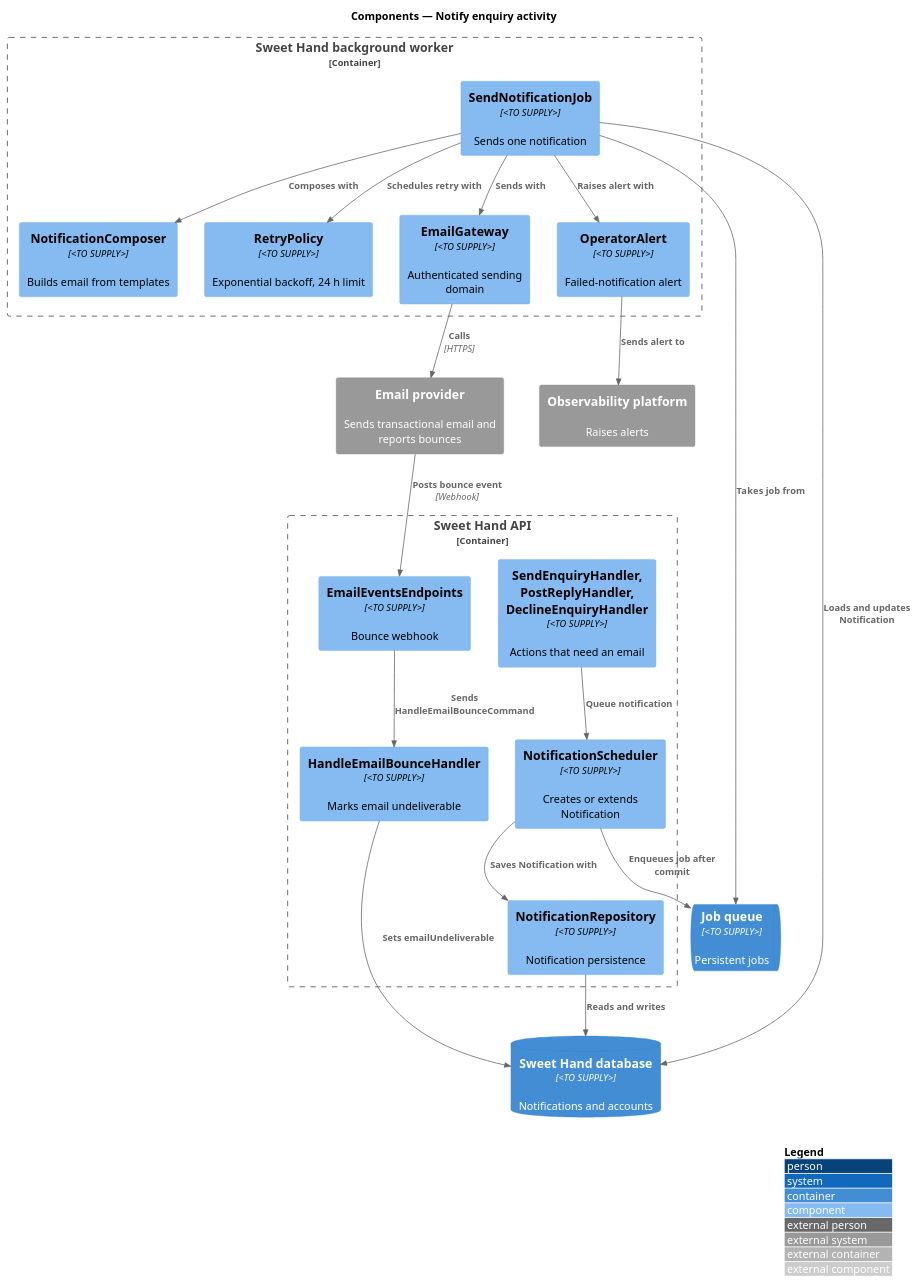
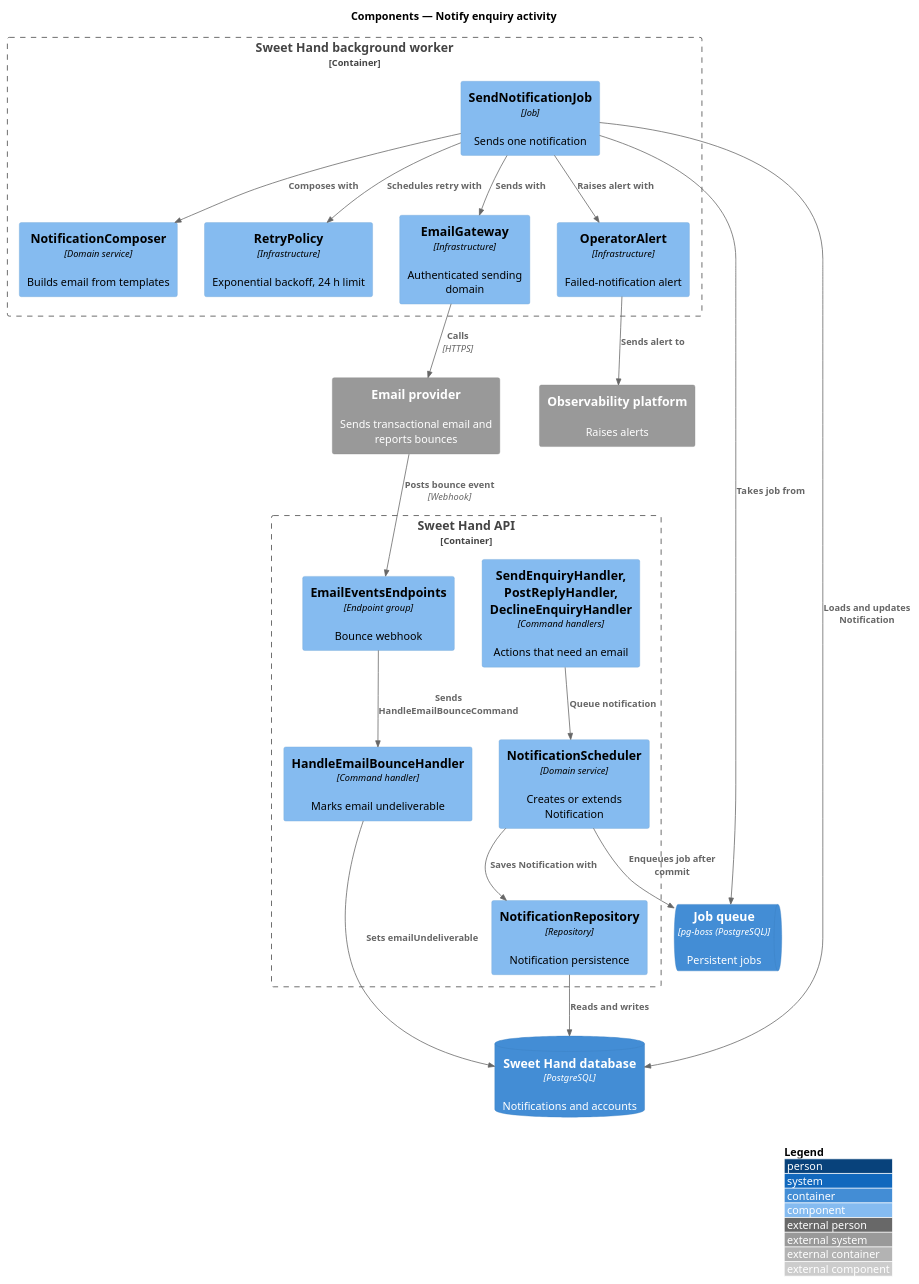
Before and after one commit to QuinntyneBrown/sweet-hand: the diagram in docs/detailed-designs/enquiries/notify-enquiry-activity/diagrams/c4-component.puml, drawn with PlantUML. The commit also changed 39 other files, not shown here.

```diff
--- a/docs/detailed-designs/enquiries/notify-enquiry-activity/diagrams/c4-component.puml
+++ b/docs/detailed-designs/enquiries/notify-enquiry-activity/diagrams/c4-component.puml
@@ -1,40 +1,40 @@
 @startuml
 !include <C4/C4_Component>
 LAYOUT_WITH_LEGEND()
 title Components — Notify enquiry activity
 
 Container_Boundary(api, "Sweet Hand API") {
-  Component(handlers, "SendEnquiryHandler, PostReplyHandler, DeclineEnquiryHandler", "<TO SUPPLY>", "Actions that need an email")
-  Component(sched, "NotificationScheduler", "<TO SUPPLY>", "Creates or extends Notification")
-  Component(bounceep, "EmailEventsEndpoints", "<TO SUPPLY>", "Bounce webhook")
-  Component(bounce, "HandleEmailBounceHandler", "<TO SUPPLY>", "Marks email undeliverable")
-  Component(repo, "NotificationRepository", "<TO SUPPLY>", "Notification persistence")
+  Component(handlers, "SendEnquiryHandler, PostReplyHandler, DeclineEnquiryHandler", "Command handlers", "Actions that need an email")
+  Component(sched, "NotificationScheduler", "Domain service", "Creates or extends Notification")
+  Component(bounceep, "EmailEventsEndpoints", "Endpoint group", "Bounce webhook")
+  Component(bounce, "HandleEmailBounceHandler", "Command handler", "Marks email undeliverable")
+  Component(repo, "NotificationRepository", "Repository", "Notification persistence")
 }
 Container_Boundary(worker, "Sweet Hand background worker") {
-  Component(job, "SendNotificationJob", "<TO SUPPLY>", "Sends one notification")
-  Component(composer, "NotificationComposer", "<TO SUPPLY>", "Builds email from templates")
-  Component(retry, "RetryPolicy", "<TO SUPPLY>", "Exponential backoff, 24 h limit")
-  Component(gateway, "EmailGateway", "<TO SUPPLY>", "Authenticated sending domain")
-  Component(alert, "OperatorAlert", "<TO SUPPLY>", "Failed-notification alert")
+  Component(job, "SendNotificationJob", "Job", "Sends one notification")
+  Component(composer, "NotificationComposer", "Domain service", "Builds email from templates")
+  Component(retry, "RetryPolicy", "Infrastructure", "Exponential backoff, 24 h limit")
+  Component(gateway, "EmailGateway", "Infrastructure", "Authenticated sending domain")
+  Component(alert, "OperatorAlert", "Infrastructure", "Failed-notification alert")
 }
-ContainerDb(db, "Sweet Hand database", "<TO SUPPLY>", "Notifications and accounts")
-ContainerQueue(queue, "Job queue", "<TO SUPPLY>", "Persistent jobs")
+ContainerDb(db, "Sweet Hand database", "PostgreSQL", "Notifications and accounts")
+ContainerQueue(queue, "Job queue", "pg-boss (PostgreSQL)", "Persistent jobs")
 System_Ext(email, "Email provider", "Sends transactional email and reports bounces")
 System_Ext(obs, "Observability platform", "Raises alerts")
 
 Rel(handlers, sched, "Queue notification")
 Rel(sched, repo, "Saves Notification with")
 Rel(repo, db, "Reads and writes")
 Rel(sched, queue, "Enqueues job after commit")
 Rel(job, queue, "Takes job from")
 Rel(job, db, "Loads and updates Notification")
 Rel(job, composer, "Composes with")
 Rel(job, gateway, "Sends with")
 Rel(job, retry, "Schedules retry with")
 Rel(job, alert, "Raises alert with")
 Rel(gateway, email, "Calls", "HTTPS")
 Rel(alert, obs, "Sends alert to")
 Rel(email, bounceep, "Posts bounce event", "Webhook")
 Rel(bounceep, bounce, "Sends HandleEmailBounceCommand")
 Rel(bounce, db, "Sets emailUndeliverable")
 @enduml
```
